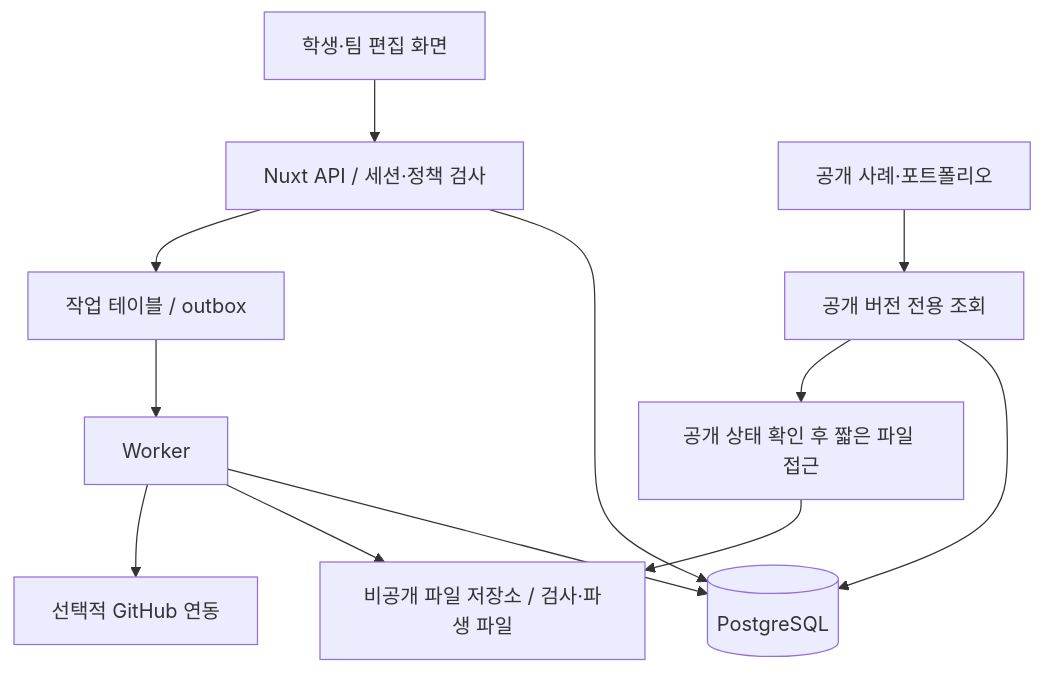
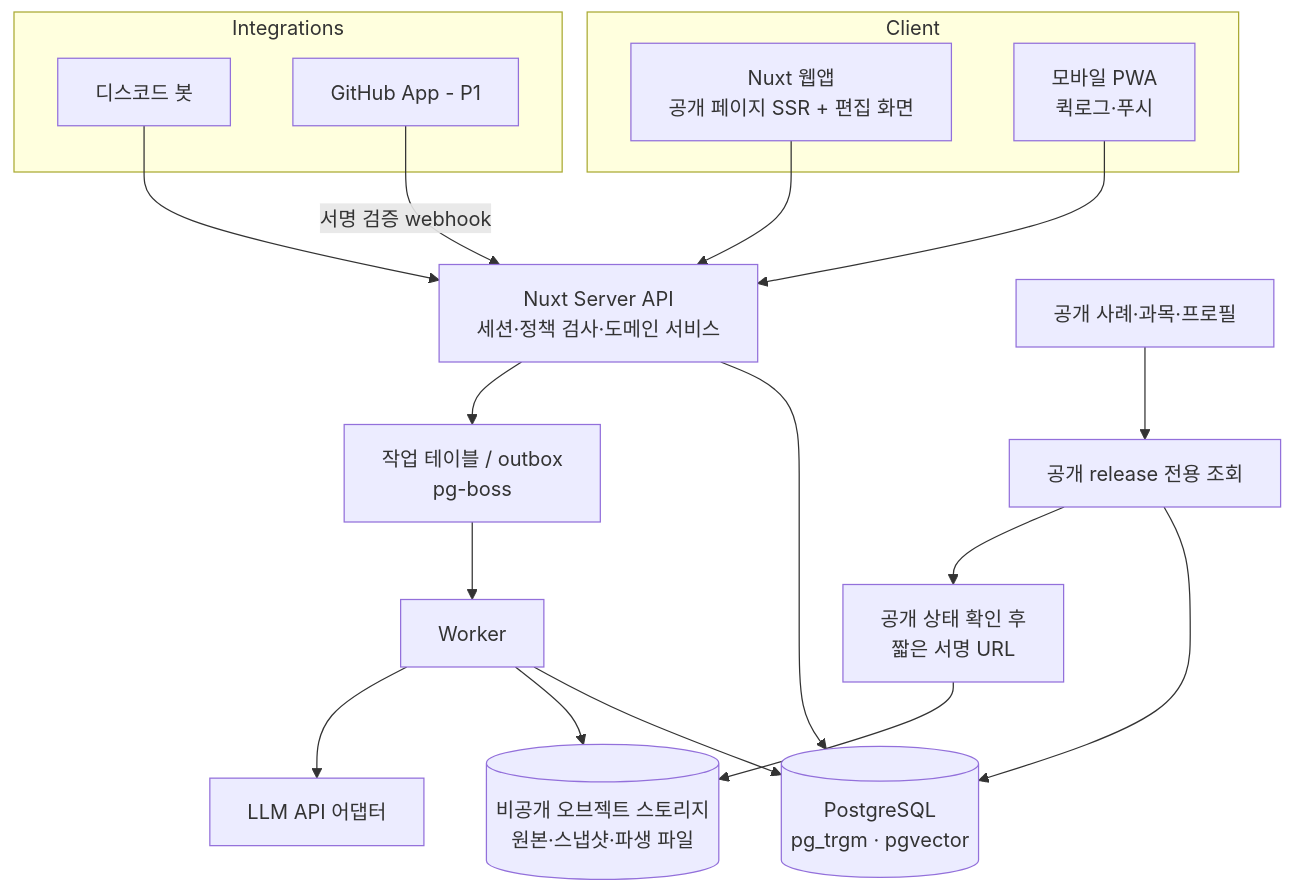
Before and after one commit to polynomeer/peerchive: the first of 3 diagrams in docs/planning/SYSTEM_DESIGN.md, drawn with Mermaid. The commit also changed other lines of this file and 10 other files, not shown here.

````diff
--- a/docs/planning/SYSTEM_DESIGN.md
+++ b/docs/planning/SYSTEM_DESIGN.md
@@ -89,14 +61,25 @@
 ```mermaid
 flowchart TD
-    U[학생·팀 편집 화면] --> A[Nuxt API / 세션·정책 검사]
-    P[공개 사례·포트폴리오] --> R[공개 버전 전용 조회]
-    A --> D[(PostgreSQL)]
-    R --> D
-    A --> Q[작업 테이블 / outbox]
-    Q --> W[Worker]
-    W --> D
-    W --> S[비공개 파일 저장소 / 검사·파생 파일]
-    R --> G[공개 상태 확인 후 짧은 파일 접근]
-    G --> S
-    W --> X[선택적 GitHub 연동]
+    subgraph Client
+      W[Nuxt 웹앱<br/>공개 페이지 SSR + 편집 화면]
+      PWA[모바일 PWA<br/>퀵로그·푸시]
+    end
+    subgraph Integrations
+      DC[디스코드 봇]
+      GH[GitHub App - P1]
+    end
+    W --> API[Nuxt Server API<br/>세션·정책 검사·도메인 서비스]
+    PWA --> API
+    DC --> API
+    GH -->|서명 검증 webhook| API
+    P[공개 사례·과목·프로필] --> R[공개 release 전용 조회]
+    API --> DB[(PostgreSQL<br/>pg_trgm · pgvector)]
+    R --> DB
+    API --> Q[작업 테이블 / outbox<br/>pg-boss]
+    Q --> WK[Worker]
+    WK --> DB
+    WK --> S3[(비공개 오브젝트 스토리지<br/>원본·스냅샷·파생 파일)]
+    WK --> AI[LLM API 어댑터]
+    R --> G[공개 상태 확인 후<br/>짧은 서명 URL]
+    G --> S3
 ```
````
